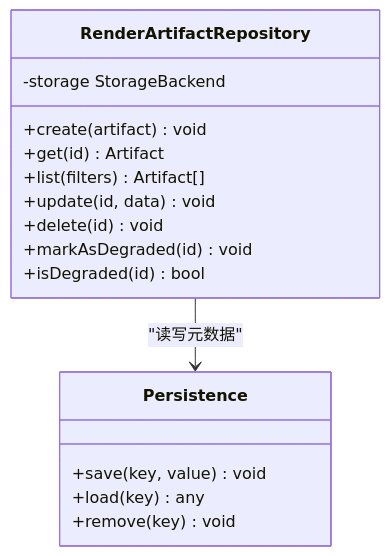
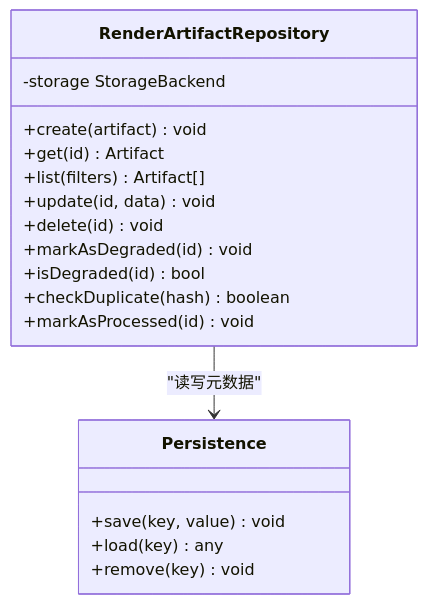
Before and after one commit to scottcwy/PurpleInk: the fifth of 11 diagrams in .qoder/repowiki/zh/content/渲染引擎/导出服务.md, drawn with Mermaid. The commit also changed other lines of this file and 23 other files, not shown here.

````diff
--- a/.qoder/repowiki/zh/content/渲染引擎/导出服务.md
+++ b/.qoder/repowiki/zh/content/渲染引擎/导出服务.md
@@ -310,19 +361,21 @@
 ```mermaid
 classDiagram
 class RenderArtifactRepository {
 +create(artifact) void
 +get(id) Artifact
 +list(filters) Artifact[]
 +update(id, data) void
 +delete(id) void
 +markAsDegraded(id) void
 +isDegraded(id) bool
++checkDuplicate(hash) boolean
++markAsProcessed(id) void
 -storage StorageBackend
 }
 class Persistence {
 +save(key, value) void
 +load(key) any
 +remove(key) void
 }
 RenderArtifactRepository --> Persistence : "读写元数据"
 ```
````
